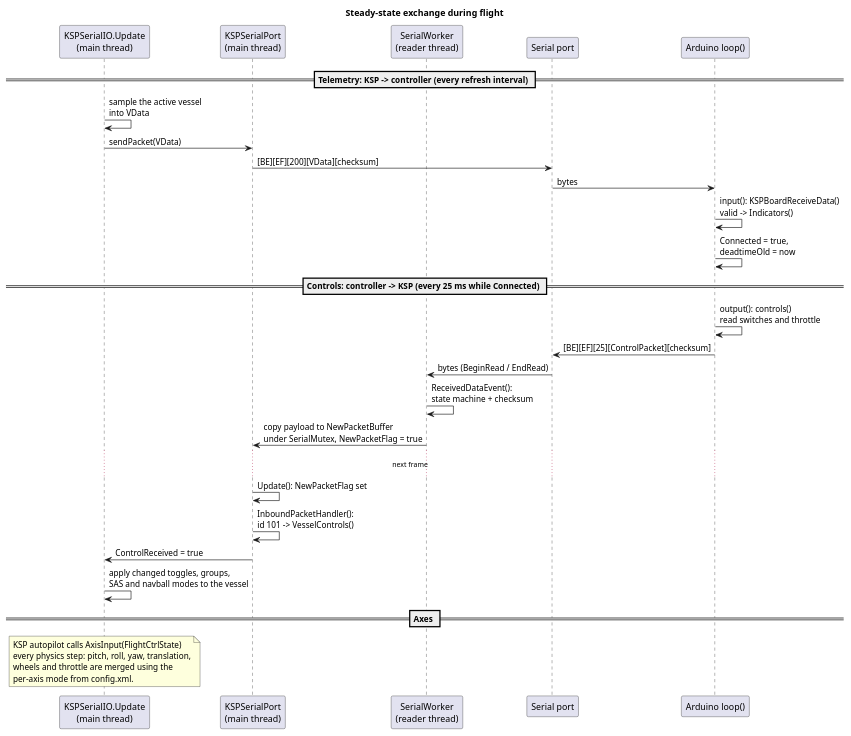
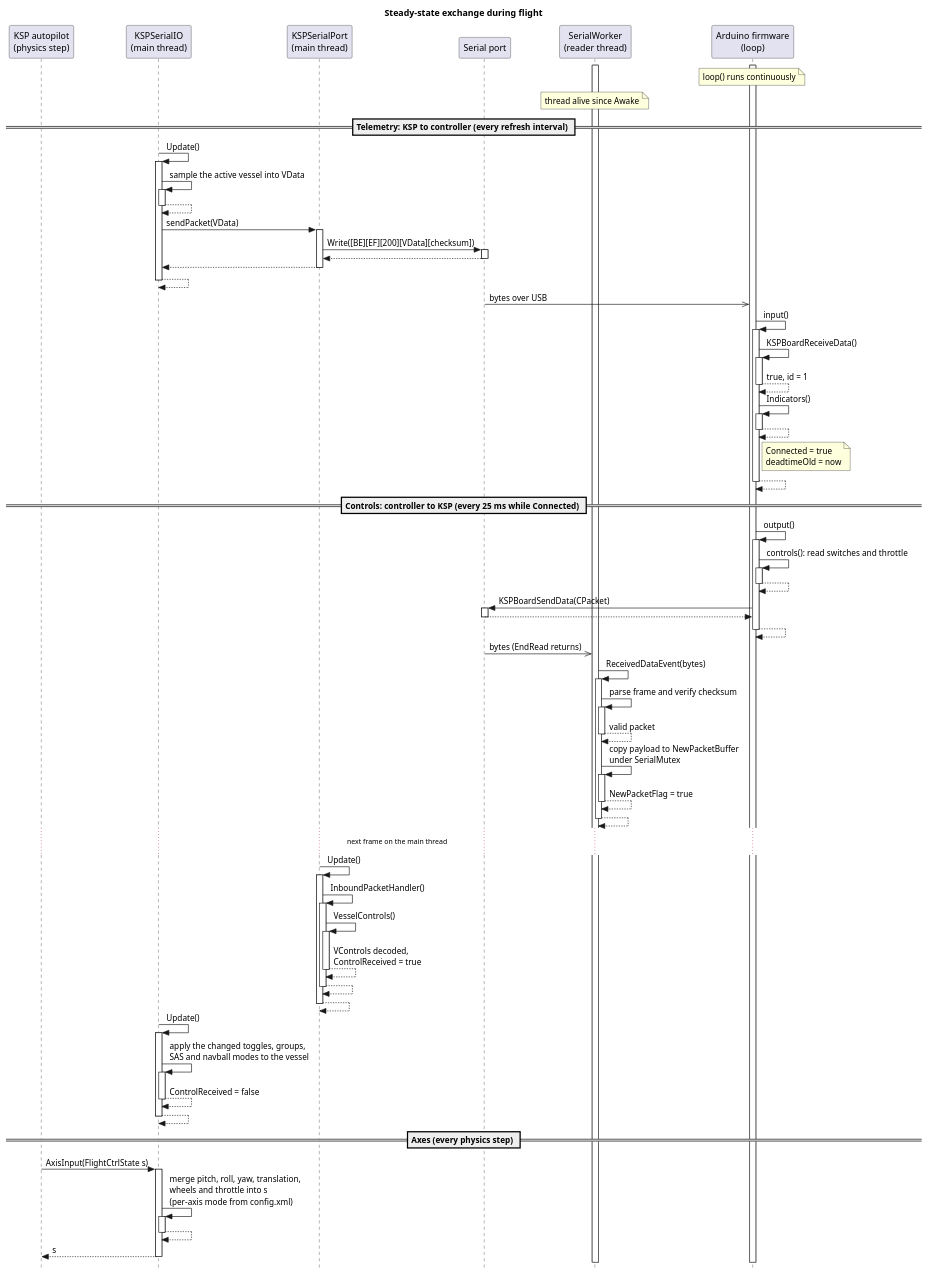
One commit to AlaNLrdE/KSPKontroller changed the diagram in docs/diagrams/seq_runtime.puml. Above: the diagram before and after it, drawn with PlantUML. The commit also changed 1 other file, not shown here.

Commit message:
Fix lifelines and activations in the sequence diagrams
Every call now has an explicit activation box and a return, self-calls nest correctly, and the reader thread and firmware loop keep a base activation for their whole lifetime. Use strict UML style so synchronous calls, asynchronous messages and returns are drawn with their standard arrows.

```diff
--- a/docs/diagrams/seq_runtime.puml
+++ b/docs/diagrams/seq_runtime.puml
@@ -1,37 +1,74 @@
 @startuml seq_runtime
 title Steady-state exchange during flight
 
-participant "KSPSerialIO.Update\n(main thread)" as IO
+skinparam style strictuml
+skinparam sequenceMessageAlign left
+skinparam responseMessageBelowArrow true
+
+participant "KSP autopilot\n(physics step)" as AP
+participant "KSPSerialIO\n(main thread)" as IO
 participant "KSPSerialPort\n(main thread)" as SP
+participant "Serial port" as Port
 participant "SerialWorker\n(reader thread)" as Worker
-participant "Serial port" as Port
-participant "Arduino loop()" as FW
+participant "Arduino firmware\n(loop)" as FW
 
-== Telemetry: KSP -> controller (every refresh interval) ==
-IO -> IO : sample the active vessel\ninto VData
-IO -> SP : sendPacket(VData)
-SP -> Port : [BE][EF][200][VData][checksum]
-Port -> FW : bytes
-FW -> FW : input(): KSPBoardReceiveData()\nvalid -> Indicators()
-FW -> FW : Connected = true,\ndeadtimeOld = now
+note over FW : loop() runs continuously
+activate FW
+note over Worker : thread alive since Awake
+activate Worker
 
-== Controls: controller -> KSP (every 25 ms while Connected) ==
-FW -> FW : output(): controls()\nread switches and throttle
-FW -> Port : [BE][EF][25][ControlPacket][checksum]
-Port -> Worker : bytes (BeginRead / EndRead)
-Worker -> Worker : ReceivedDataEvent():\nstate machine + checksum
-Worker -> SP : copy payload to NewPacketBuffer\nunder SerialMutex, NewPacketFlag = true
-... next frame ...
-SP -> SP : Update(): NewPacketFlag set
-SP -> SP : InboundPacketHandler():\nid 101 -> VesselControls()
-SP -> IO : ControlReceived = true
-IO -> IO : apply changed toggles, groups,\nSAS and navball modes to the vessel
+== Telemetry: KSP to controller (every refresh interval) ==
+IO -> IO ++ : Update()
+IO -> IO ++ : sample the active vessel into VData
+return
+IO -> SP ++ : sendPacket(VData)
+SP -> Port ++ : Write([BE][EF][200][VData][checksum])
+return
+return
+return
 
-== Axes ==
-note over IO
-  KSP autopilot calls AxisInput(FlightCtrlState)
-  every physics step: pitch, roll, yaw, translation,
-  wheels and throttle are merged using the
-  per-axis mode from config.xml.
-end note
+Port ->> FW : bytes over USB
+FW -> FW ++ : input()
+FW -> FW ++ : KSPBoardReceiveData()
+return true, id = 1
+FW -> FW ++ : Indicators()
+return
+note right of FW : Connected = true\ndeadtimeOld = now
+return
+
+== Controls: controller to KSP (every 25 ms while Connected) ==
+FW -> FW ++ : output()
+FW -> FW ++ : controls(): read switches and throttle
+return
+FW -> Port ++ : KSPBoardSendData(CPacket)
+return
+return
+
+Port ->> Worker : bytes (EndRead returns)
+Worker -> Worker ++ : ReceivedDataEvent(bytes)
+Worker -> Worker ++ : parse frame and verify checksum
+return valid packet
+Worker -> Worker ++ : copy payload to NewPacketBuffer\nunder SerialMutex
+return NewPacketFlag = true
+return
+
+... next frame on the main thread ...
+
+SP -> SP ++ : Update()
+SP -> SP ++ : InboundPacketHandler()
+SP -> SP ++ : VesselControls()
+return VControls decoded,\nControlReceived = true
+return
+return
+
+IO -> IO ++ : Update()
+IO -> IO ++ : apply the changed toggles, groups,\nSAS and navball modes to the vessel
+return ControlReceived = false
+return
+
+== Axes (every physics step) ==
+AP -> IO ++ : AxisInput(FlightCtrlState s)
+IO -> IO ++ : merge pitch, roll, yaw, translation,\nwheels and throttle into s\n(per-axis mode from config.xml)
+return
+return s
 @enduml
```
